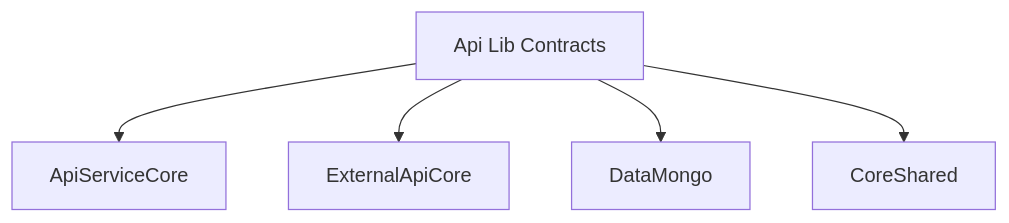
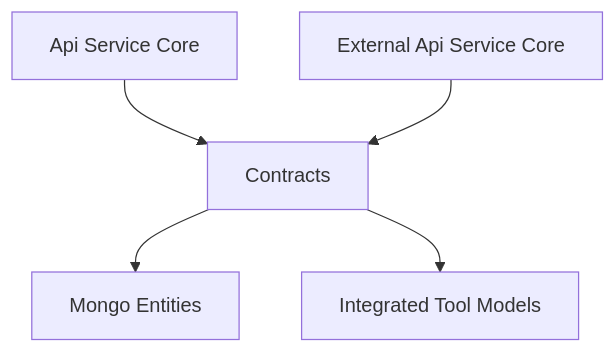
Before and after one commit to flamingo-stack/openframe-oss-lib: the tenth of 10 diagrams in docs/reference/architecture/api-lib-contracts/api-lib-contracts.md, drawn with Mermaid. The commit also changed other lines of this file and 172 other files, not shown here.

````diff
--- a/docs/reference/architecture/api-lib-contracts/api-lib-contracts.md
+++ b/docs/reference/architecture/api-lib-contracts/api-lib-contracts.md
@@ -359,7 +357,7 @@
 ```mermaid
 flowchart TD
-    Contracts["Api Lib Contracts"] --> ApiServiceCore
-    Contracts --> ExternalApiCore
-    Contracts --> DataMongo
-    Contracts --> CoreShared
+    ApiService["Api Service Core"] --> Contracts
+    ExternalApi["External Api Service Core"] --> Contracts
+    Contracts --> MongoEntities["Mongo Entities"]
+    Contracts --> ToolModels["Integrated Tool Models"]
 ```
````
